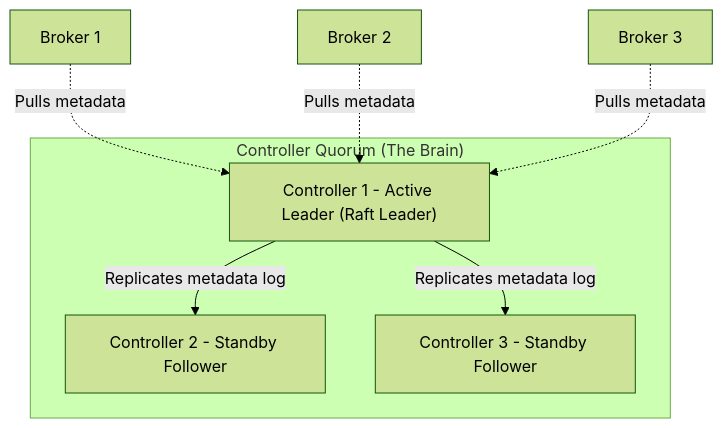
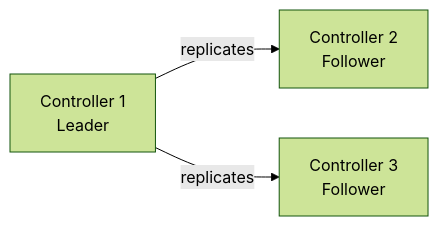
The fourth of 22 diagrams in Inbox/kafka/008-KRaft_and_Cluster_Consensus.md (Siddpawar9222/Obsidian-Vault), drawn with Mermaid (forest theme) before and after one commit. The commit also changed other lines of this file and 2 other files, not shown here.

````diff
--- a/Inbox/kafka/008-KRaft_and_Cluster_Consensus.md
+++ b/Inbox/kafka/008-KRaft_and_Cluster_Consensus.md
@@ -59,13 +171,8 @@
 ```mermaid
-graph TD
-    subgraph Q["Controller Quorum (The Brain)"]
-        C1["Controller 1 - Active Leader (Raft Leader)"]
-        C2["Controller 2 - Standby Follower"]
-        C3["Controller 3 - Standby Follower"]
-        C1 -->|Replicates metadata log| C2
-        C1 -->|Replicates metadata log| C3
-    end
-    B1[Broker 1] -.->|Pulls metadata| C1
-    B2[Broker 2] -.->|Pulls metadata| C1
-    B3[Broker 3] -.->|Pulls metadata| C1
+flowchart LR
+    C1["Controller 1<br/>Leader"]
+    C2["Controller 2<br/>Follower"]
+    C3["Controller 3<br/>Follower"]
+    C1 -->|replicates| C2
+    C1 -->|replicates| C3
 ```
````
